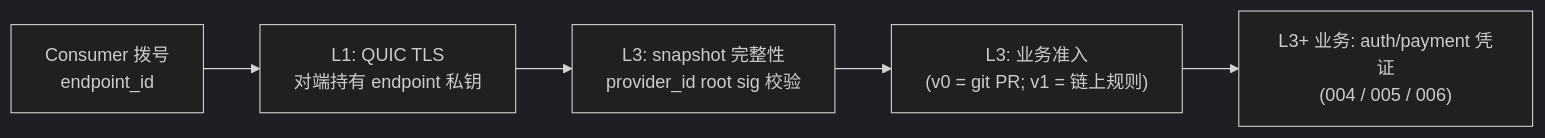
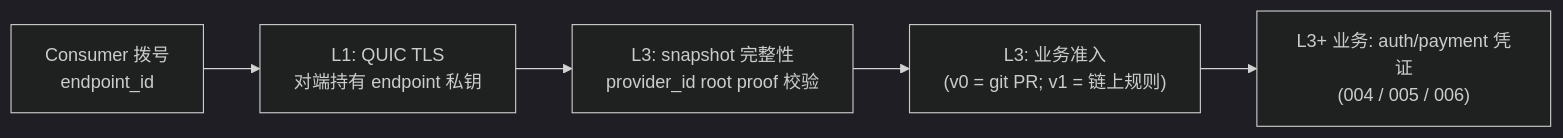
One commit to bitrouter/bitrouter changed the sixth of 7 diagrams in specs/p2p/003-l3-design.md. Above: the diagram before and after it, drawn with Mermaid (dark theme). The commit also changed other lines of this file and 18 other files, not shown here.

````diff
--- a/specs/p2p/003-l3-design.md
+++ b/specs/p2p/003-l3-design.md
@@ -470,7 +477,7 @@
 ```mermaid
 flowchart LR
     A["Consumer 拨号<br/>endpoint_id"] --> B["L1: QUIC TLS<br/>对端持有 endpoint 私钥"]
-    B --> C["L3: snapshot 完整性<br/>provider_id root sig 校验"]
+    B --> C["L3: snapshot 完整性<br/>provider_id root proof 校验"]
     C --> D["L3: 业务准入<br/>(v0 = git PR; v1 = 链上规则)"]
     D --> E["L3+ 业务: auth/payment 凭证<br/>(004 / 005 / 006)"]
 ```
````
